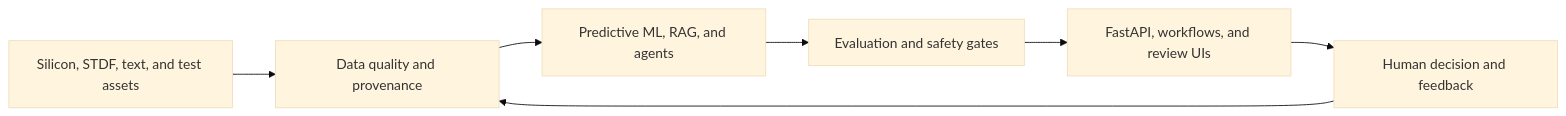
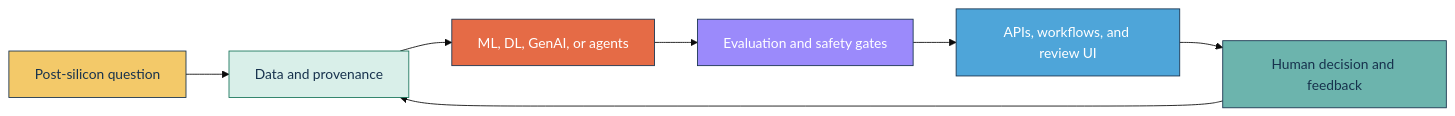
One commit to rajendarmuddasani/rajendarmuddasani changed the diagram in README.md. Above: the diagram before and after it, drawn with Mermaid (base theme). The commit also changed other lines of this file and 2 other files, not shown here.

````diff
--- a/README.md
+++ b/README.md
@@ -102,9 +50,15 @@
 ```mermaid
 flowchart LR
-    A[Silicon, STDF, text, and test assets] --> B[Data quality and provenance]
-    B --> C[Predictive ML, RAG, and agents]
+    A[Post-silicon question] --> B[Data and provenance]
+    B --> C[ML, DL, GenAI, or agents]
     C --> D[Evaluation and safety gates]
-    D --> E[FastAPI, workflows, and review UIs]
+    D --> E[APIs, workflows, and review UI]
     E --> F[Human decision and feedback]
     F --> B
+    style A fill:#f3c969,stroke:#17324d,color:#17324d
+    style B fill:#d9efe9,stroke:#18745a,color:#17324d
+    style C fill:#e56b46,stroke:#17324d,color:#ffffff
+    style D fill:#9b8afb,stroke:#17324d,color:#ffffff
+    style E fill:#4ea5d9,stroke:#17324d,color:#ffffff
+    style F fill:#6cb4ad,stroke:#17324d,color:#17324d
 ```
````
